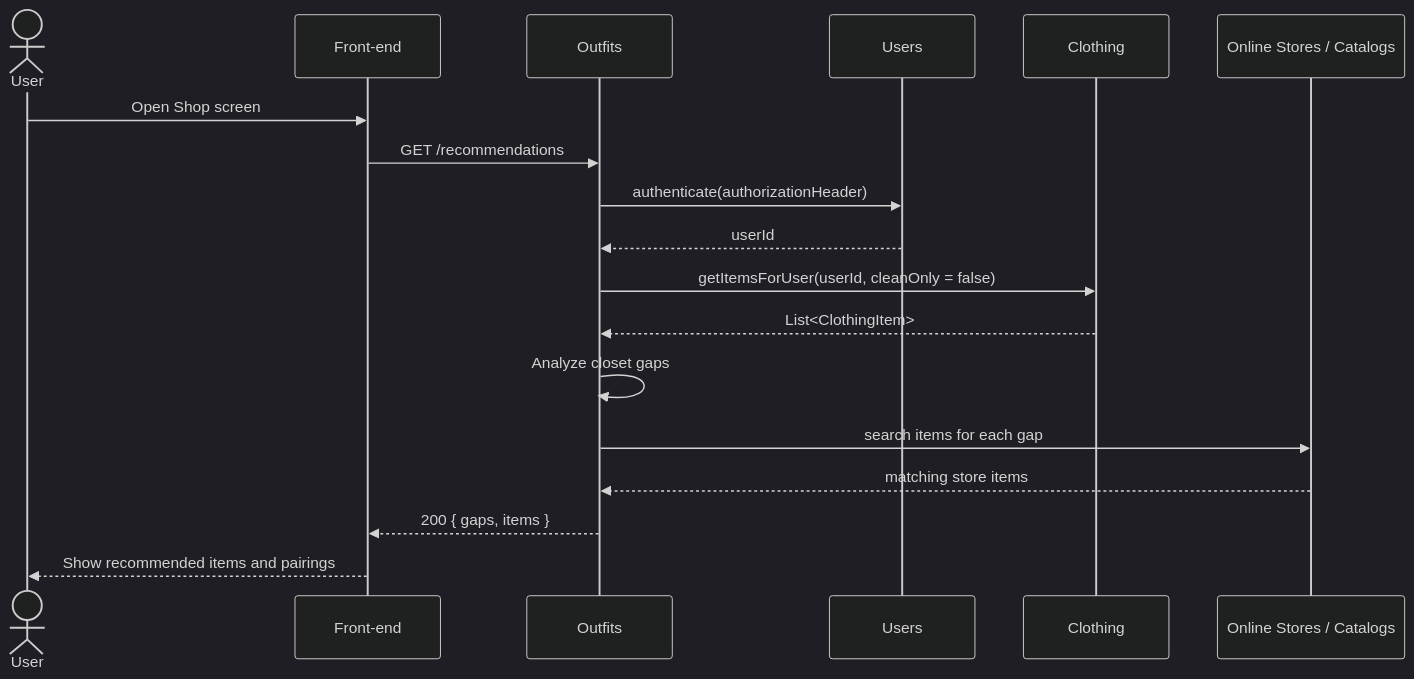
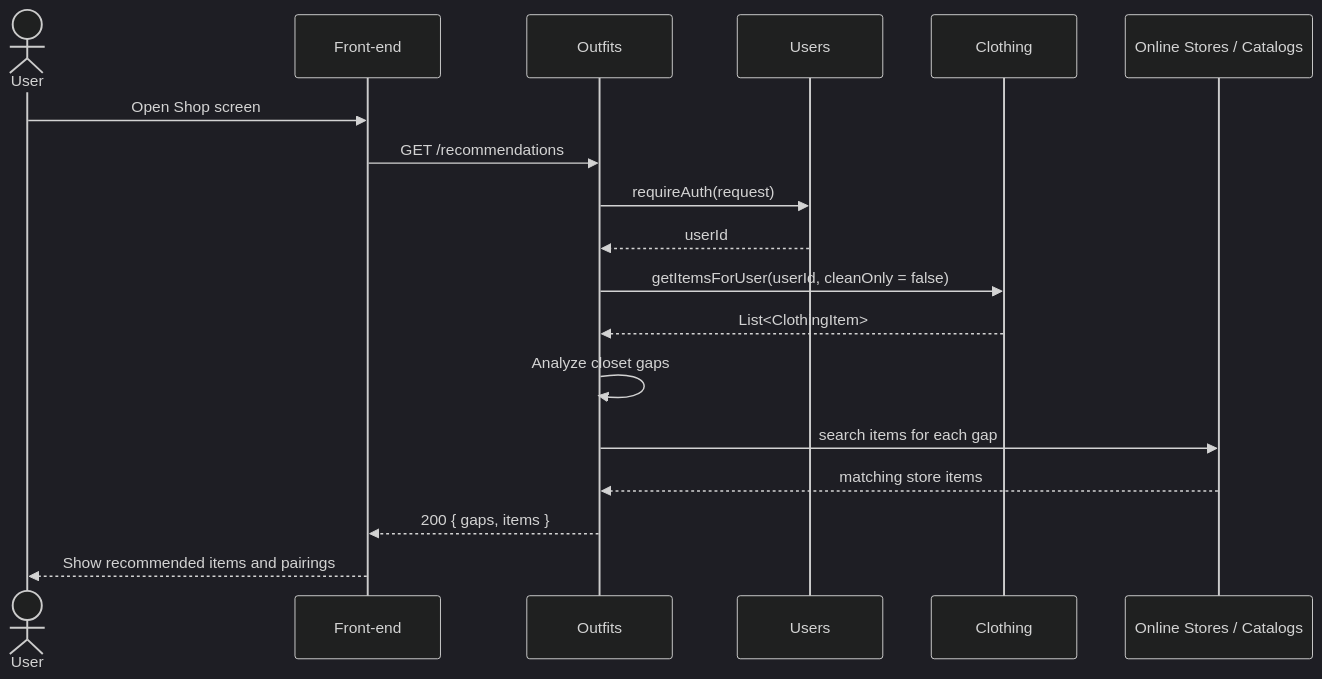
The fifth of 6 diagrams in documentation/Requirements_and_Design.md (evannawfal/fabricate), drawn with Mermaid (dark theme) before and after one commit. The commit also changed other lines of this file, not shown here.

````diff
--- a/documentation/Requirements_and_Design.md
+++ b/documentation/Requirements_and_Design.md
@@ -445,21 +474,21 @@
 ```mermaid
 sequenceDiagram
     actor U as User
     participant FE as Front-end
     participant OU as Outfits
     participant US as Users
     participant CL as Clothing
     participant ST as Online Stores / Catalogs
 
     U->>FE: Open Shop screen
     FE->>OU: GET /recommendations
-    OU->>US: authenticate(authorizationHeader)
+    OU->>US: requireAuth(request)
     US-->>OU: userId
     OU->>CL: getItemsForUser(userId, cleanOnly = false)
     CL-->>OU: List<ClothingItem>
     OU->>OU: Analyze closet gaps
     OU->>ST: search items for each gap
     ST-->>OU: matching store items
     OU-->>FE: 200 { gaps, items }
     FE-->>U: Show recommended items and pairings
 ```
````
